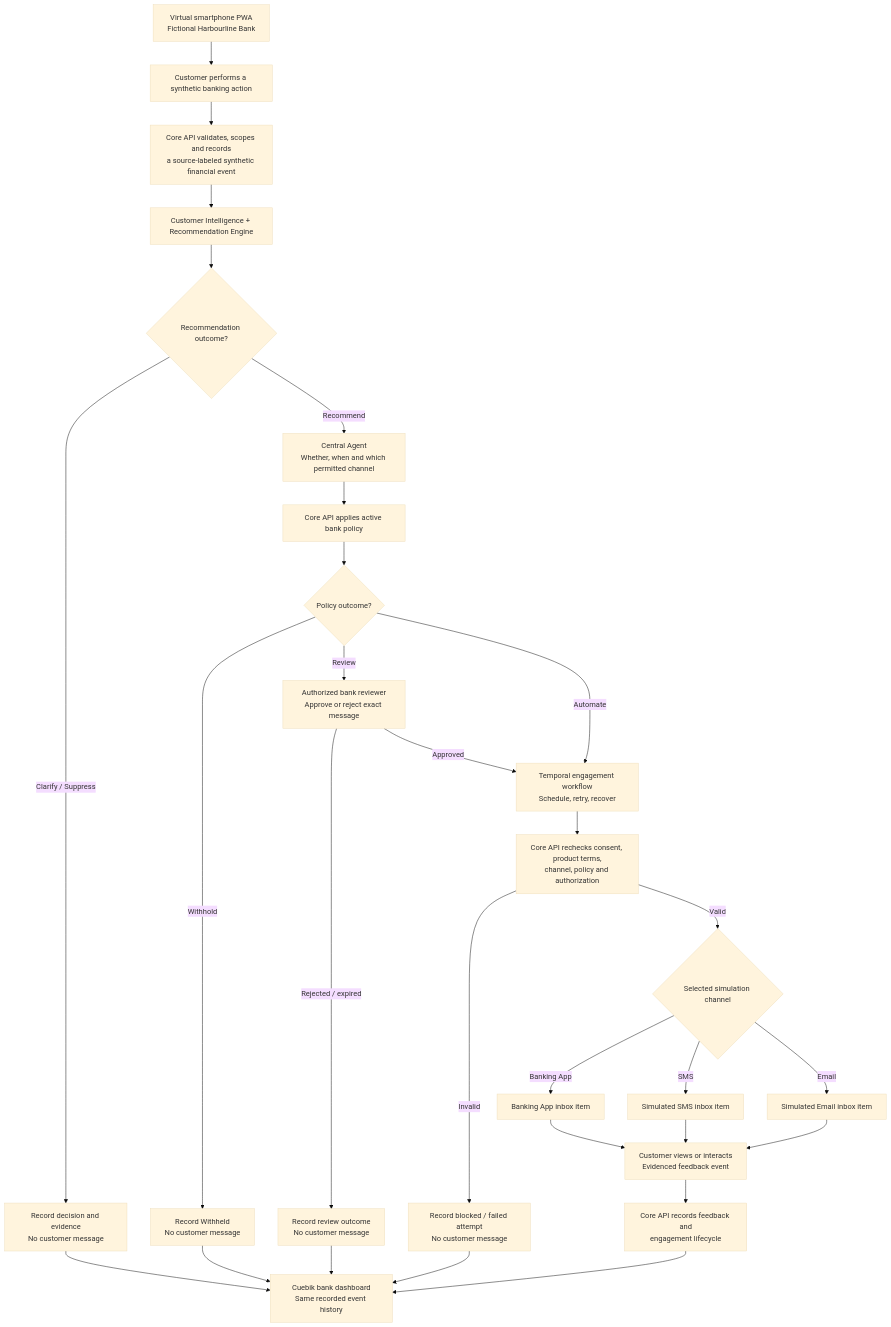
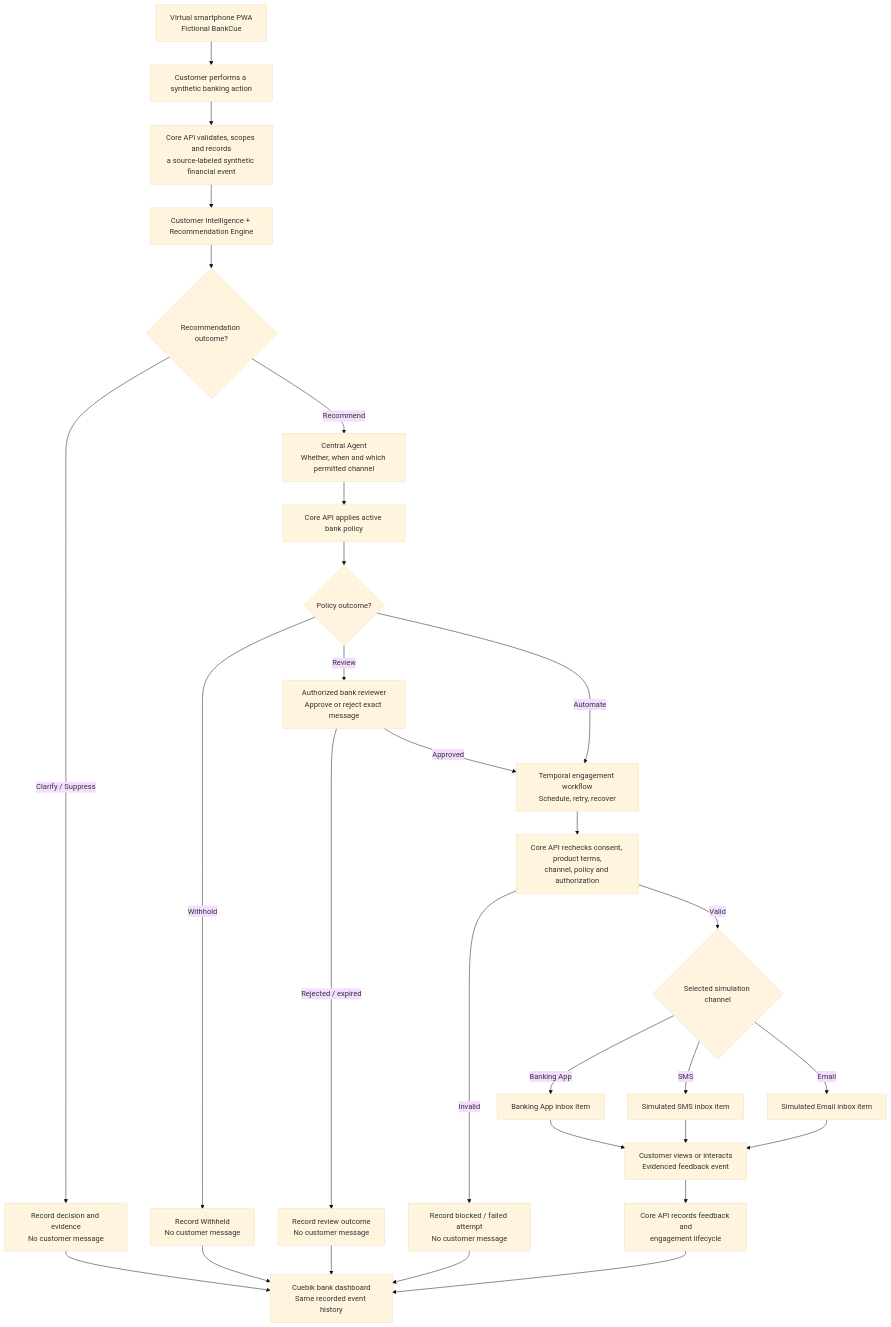
One commit to onerandomd3v/cuebik changed the second of 4 diagrams in ARCHITECTURE.md. Above: the diagram before and after it, drawn with Mermaid (base theme). The commit also changed other lines of this file and 4 other files, not shown here.

Commit message:
docs: specify BankCue demo isolation and bank onboarding

````diff
--- a/ARCHITECTURE.md
+++ b/ARCHITECTURE.md
@@ -121,31 +121,31 @@
 ```mermaid
 flowchart TD
-    PHONE["Virtual smartphone PWA<br/>Fictional Harbourline Bank"] --> ACTION["Customer performs a synthetic banking action"]
+    PHONE["Virtual smartphone PWA<br/>Fictional BankCue"] --> ACTION["Customer performs a synthetic banking action"]
     ACTION --> EVENT["Core API validates, scopes and records<br/>a source-labeled synthetic financial event"]
     EVENT --> INTEL["Customer Intelligence + Recommendation Engine"]
     INTEL --> MATCH{"Recommendation outcome?"}
     MATCH -->|"Clarify / Suppress"| NO_SEND["Record decision and evidence<br/>No customer message"]
     MATCH -->|"Recommend"| AGENT["Central Agent<br/>Whether, when and which permitted channel"]
     AGENT --> POLICY["Core API applies active bank policy"]
     POLICY --> GATE{"Policy outcome?"}
     GATE -->|"Withhold"| BLOCK["Record Withheld<br/>No customer message"]
     GATE -->|"Review"| REVIEW["Authorized bank reviewer<br/>Approve or reject exact message"]
     REVIEW -->|"Rejected / expired"| STOP["Record review outcome<br/>No customer message"]
     REVIEW -->|"Approved"| TEMP["Temporal engagement workflow<br/>Schedule, retry, recover"]
     GATE -->|"Automate"| TEMP
     TEMP --> CHECK["Core API rechecks consent, product terms,<br/>channel, policy and authorization"]
     CHECK -->|"Invalid"| NO_DISPATCH["Record blocked / failed attempt<br/>No customer message"]
     CHECK -->|"Valid"| ROUTE{"Selected simulation channel"}
     ROUTE -->|"Banking App"| BANK["Banking App inbox item"]
     ROUTE -->|"SMS"| SMS["Simulated SMS inbox item"]
     ROUTE -->|"Email"| EMAIL["Simulated Email inbox item"]
     BANK --> FEEDBACK["Customer views or interacts<br/>Evidenced feedback event"]
     SMS --> FEEDBACK
     EMAIL --> FEEDBACK
     FEEDBACK --> CORE["Core API records feedback and<br/>engagement lifecycle"]
     CORE --> DASH["Cuebik bank dashboard<br/>Same recorded event history"]
     NO_SEND --> DASH
     BLOCK --> DASH
     STOP --> DASH
     NO_DISPATCH --> DASH
 ```
````
